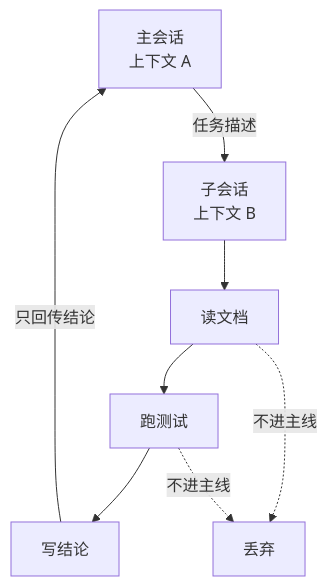
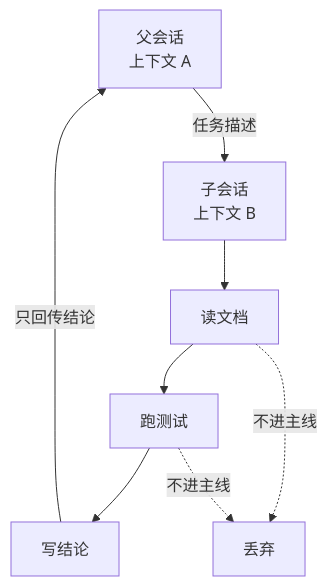
Before and after one commit to itingyu/itingyu.github.io: the diagram in _posts/2026-11-02-agent-sharding.md, drawn with Mermaid. The commit also changed other lines of this file and 17 other files, not shown here.

````diff
--- a/_posts/2026-11-02-agent-sharding.md
+++ b/_posts/2026-11-02-agent-sharding.md
@@ -41,10 +41,10 @@
 ```mermaid
 flowchart TD
-    M[主会话<br/>上下文 A] -->|任务描述| S[子会话<br/>上下文 B]
+    M[父会话<br/>上下文 A] -->|任务描述| S[子会话<br/>上下文 B]
     S --> T1[读文档]
     T1 --> T2[跑测试]
     T2 --> T3[写结论]
     T3 -->|只回传结论| M
     T1 -.不进主线.-> X[丢弃]
     T2 -.不进主线.-> X
 ```
````
